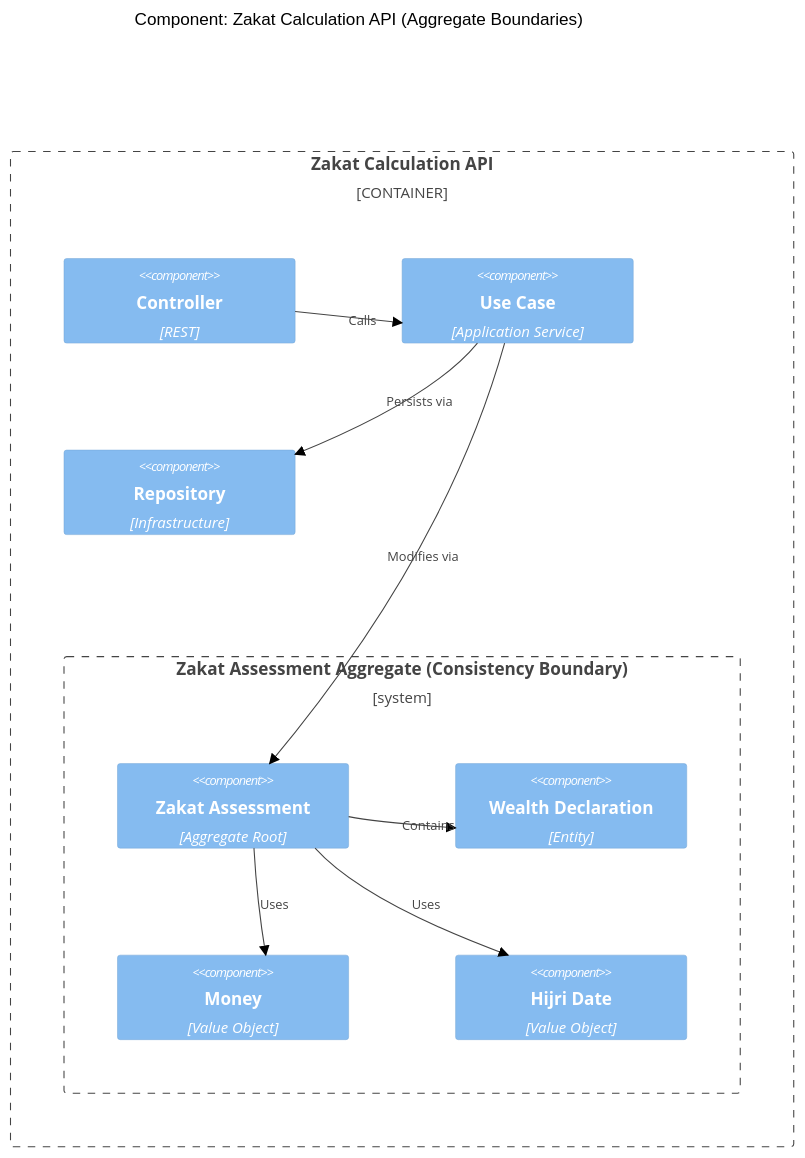
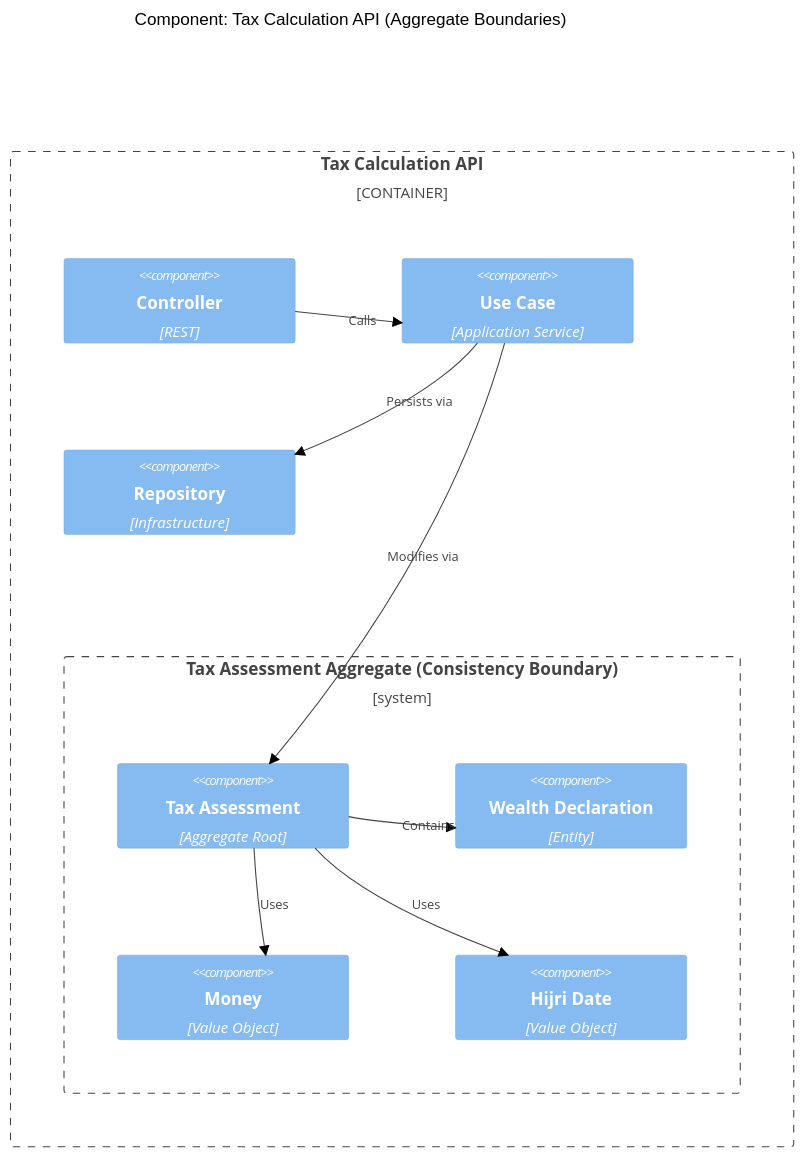
The sixth of 13 diagrams in docs/explanation/software/architecture/domain-driven-design-ddd/ex-so-ar-dodrdedd__17-ddd-and-c4-integration.md (wahidyankf/open-sharia-enterprise), drawn with Mermaid (forest theme) before and after one commit. The commit also changed other lines of this file and 94 other files, not shown here.

````diff
--- a/docs/explanation/software/architecture/domain-driven-design-ddd/ex-so-ar-dodrdedd__17-ddd-and-c4-integration.md
+++ b/docs/explanation/software/architecture/domain-driven-design-ddd/ex-so-ar-dodrdedd__17-ddd-and-c4-integration.md
@@ -341,25 +341,25 @@
 ```mermaid
 C4Component
-    title Component: Zakat Calculation API (Aggregate Boundaries)
+    title Component: Tax Calculation API (Aggregate Boundaries)
 
-    Container_Boundary(zakatAPI, "Zakat Calculation API") {
-        Component(zakatController, "Controller", "REST")
+    Container_Boundary(taxAPI, "Tax Calculation API") {
+        Component(taxController, "Controller", "REST")
         Component(calculateUseCase, "Use Case", "Application Service")
 
-        Boundary(assessmentAgg, "Zakat Assessment Aggregate (Consistency Boundary)") {
-            Component(assessmentRoot, "Zakat Assessment", "Aggregate Root")
+        Boundary(assessmentAgg, "Tax Assessment Aggregate (Consistency Boundary)") {
+            Component(assessmentRoot, "Tax Assessment", "Aggregate Root")
             Component(declarationEntity, "Wealth Declaration", "Entity")
             Component(moneyVO, "Money", "Value Object")
             Component(hijriDateVO, "Hijri Date", "Value Object")
         }
 
         Component(assessmentRepo, "Repository", "Infrastructure")
     }
 
-    Rel(zakatController, calculateUseCase, "Calls")
+    Rel(taxController, calculateUseCase, "Calls")
     Rel(calculateUseCase, assessmentRoot, "Modifies via")
     Rel(assessmentRoot, declarationEntity, "Contains")
     Rel(assessmentRoot, moneyVO, "Uses")
     Rel(assessmentRoot, hijriDateVO, "Uses")
     Rel(calculateUseCase, assessmentRepo, "Persists via")
 ```
````
